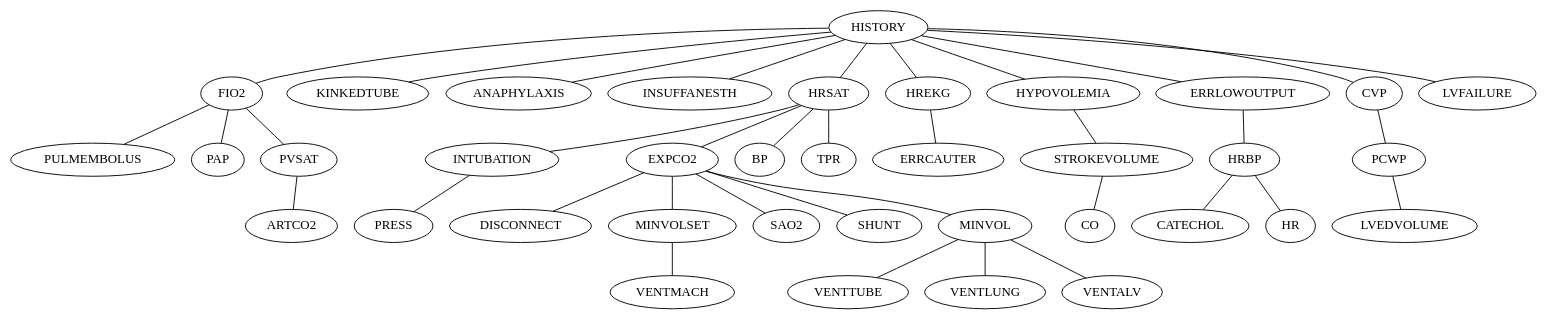
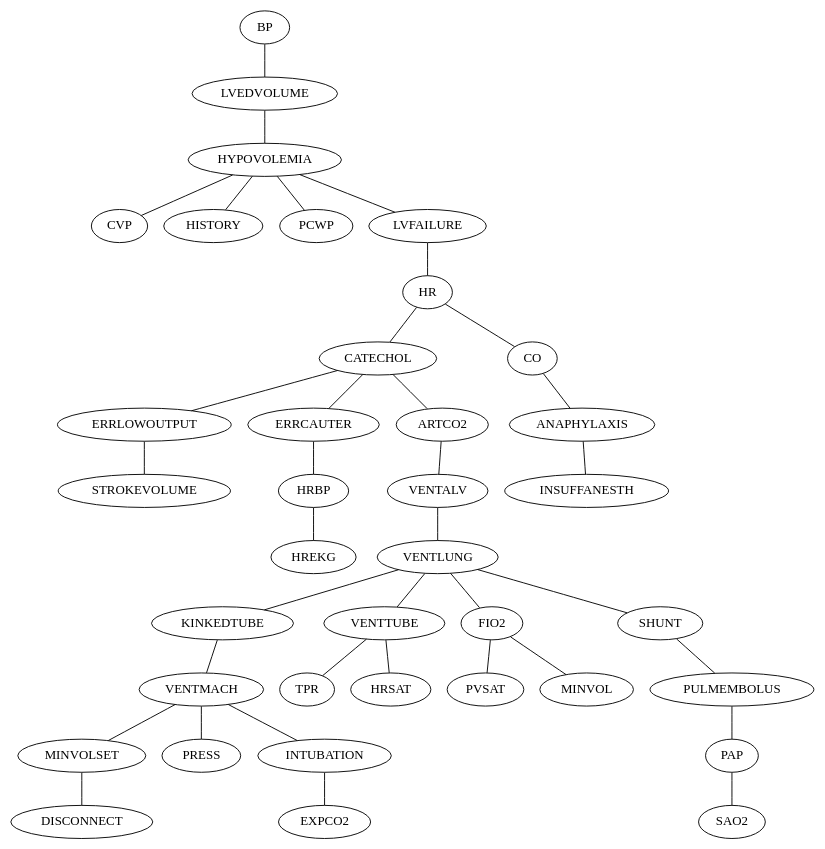
One commit to nsidn98/Advanced-Topics-in-Artificial-Intelligence-EE6180 changed the diagram in PSET2/GraphOutputs/plugin.gv. Above: the diagram before and after it, drawn with Graphviz. The commit also changed 5 other files, not shown here.

```diff
--- a/PSET2/GraphOutputs/plugin.gv
+++ b/PSET2/GraphOutputs/plugin.gv
@@ -1,38 +1,38 @@
 graph {
-	HISTORY -- FIO2
-	HISTORY -- KINKEDTUBE
-	HISTORY -- ANAPHYLAXIS
-	HISTORY -- INSUFFANESTH
-	HISTORY -- HRSAT
-	HISTORY -- HREKG
-	HISTORY -- HYPOVOLEMIA
-	HISTORY -- ERRLOWOUTPUT
-	HISTORY -- CVP
-	HISTORY -- LVFAILURE
-	FIO2 -- PULMEMBOLUS
-	FIO2 -- PAP
+	BP -- LVEDVOLUME
+	LVEDVOLUME -- HYPOVOLEMIA
+	HYPOVOLEMIA -- CVP
+	HYPOVOLEMIA -- HISTORY
+	HYPOVOLEMIA -- PCWP
+	HYPOVOLEMIA -- LVFAILURE
+	LVFAILURE -- HR
+	HR -- CATECHOL
+	CATECHOL -- ERRLOWOUTPUT
+	CATECHOL -- ERRCAUTER
+	ERRCAUTER -- HRBP
+	HRBP -- HREKG
+	CATECHOL -- ARTCO2
+	ERRLOWOUTPUT -- STROKEVOLUME
+	HR -- CO
+	CO -- ANAPHYLAXIS
+	ARTCO2 -- VENTALV
+	VENTALV -- VENTLUNG
+	VENTLUNG -- KINKEDTUBE
+	VENTLUNG -- VENTTUBE
+	VENTLUNG -- FIO2
 	FIO2 -- PVSAT
-	HRSAT -- INTUBATION
-	HRSAT -- EXPCO2
-	HRSAT -- BP
-	HRSAT -- TPR
-	HREKG -- ERRCAUTER
-	HYPOVOLEMIA -- STROKEVOLUME
-	ERRLOWOUTPUT -- HRBP
-	INTUBATION -- PRESS
-	EXPCO2 -- DISCONNECT
-	EXPCO2 -- MINVOLSET
-	EXPCO2 -- SAO2
-	EXPCO2 -- SHUNT
-	EXPCO2 -- MINVOL
-	MINVOLSET -- VENTMACH
-	PVSAT -- ARTCO2
-	MINVOL -- VENTTUBE
-	MINVOL -- VENTLUNG
-	MINVOL -- VENTALV
-	CVP -- PCWP
-	STROKEVOLUME -- CO
-	HRBP -- CATECHOL
-	HRBP -- HR
-	PCWP -- LVEDVOLUME
+	KINKEDTUBE -- VENTMACH
+	VENTMACH -- MINVOLSET
+	MINVOLSET -- DISCONNECT
+	VENTMACH -- PRESS
+	VENTTUBE -- TPR
+	VENTMACH -- INTUBATION
+	VENTLUNG -- SHUNT
+	SHUNT -- PULMEMBOLUS
+	FIO2 -- MINVOL
+	INTUBATION -- EXPCO2
+	PULMEMBOLUS -- PAP
+	PAP -- SAO2
+	ANAPHYLAXIS -- INSUFFANESTH
+	VENTTUBE -- HRSAT
 }
```
